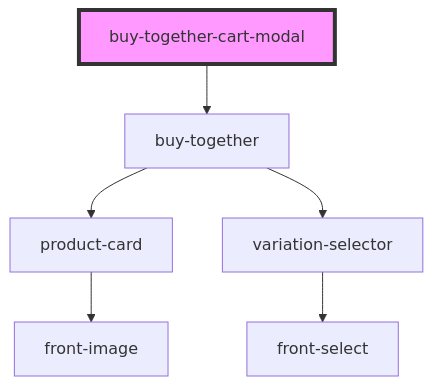
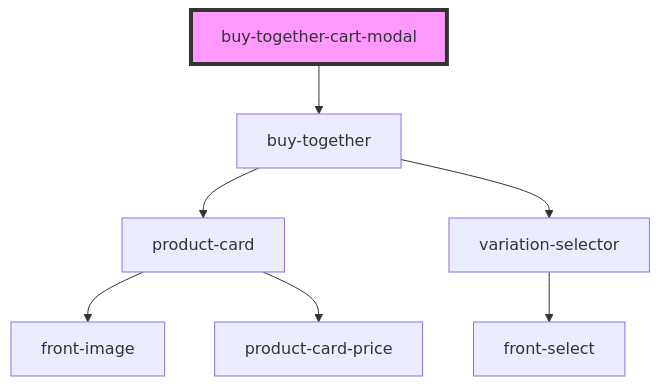
The diagram in src/components/buy-together-cart-modal/readme.md (commerce-suite/storefront-components), drawn with Mermaid before and after one commit. The commit also changed 12 other files, not shown here.

````diff
--- a/src/components/buy-together-cart-modal/readme.md
+++ b/src/components/buy-together-cart-modal/readme.md
@@ -35,9 +35,10 @@
 ```mermaid
 graph TD;
   buy-together-cart-modal --> buy-together
   buy-together --> product-card
   buy-together --> variation-selector
   product-card --> front-image
+  product-card --> product-card-price
   variation-selector --> front-select
   style buy-together-cart-modal fill:#f9f,stroke:#333,stroke-width:4px
 ```
````
